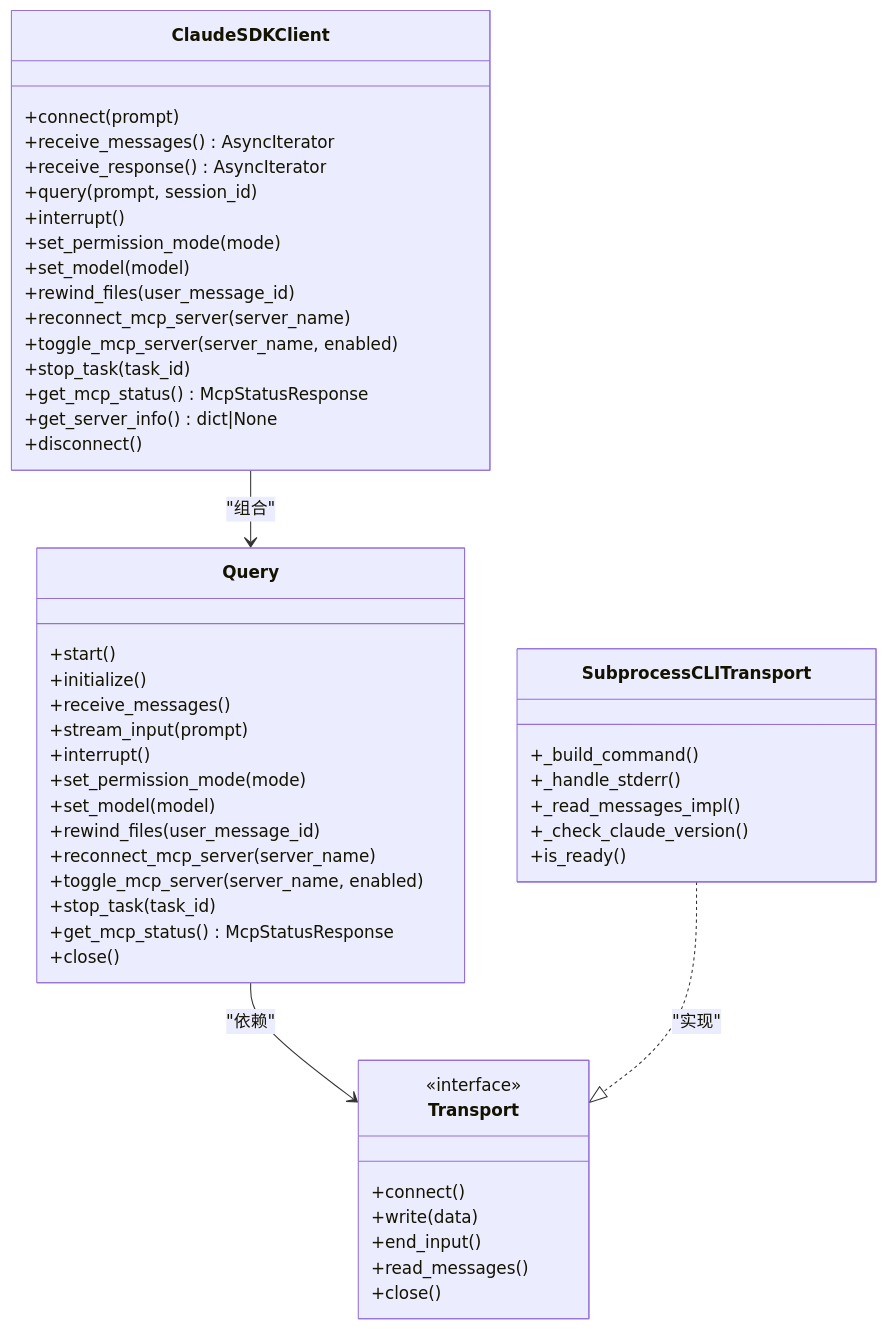
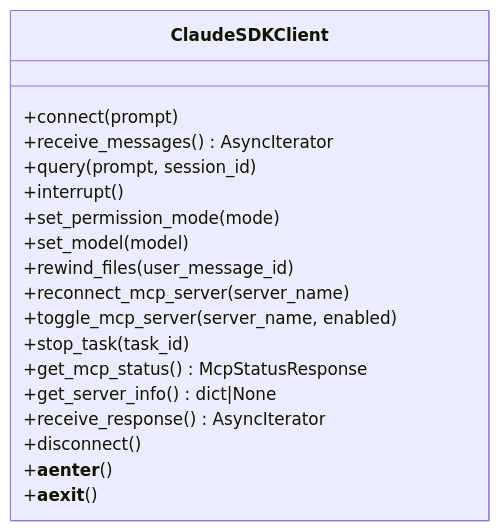
The fourth of 8 diagrams in .qoder/repowiki/zh/content/项目概述.md (defulat-coder/claude-agent-sdk-python), drawn with Mermaid before and after one commit. The commit also changed other lines of this file and 77 other files, not shown here.

````diff
--- a/.qoder/repowiki/zh/content/项目概述.md
+++ b/.qoder/repowiki/zh/content/项目概述.md
@@ -202,52 +187,21 @@
 ```mermaid
 classDiagram
 class ClaudeSDKClient {
 +connect(prompt)
 +receive_messages() AsyncIterator
-+receive_response() AsyncIterator
 +query(prompt, session_id)
 +interrupt()
 +set_permission_mode(mode)
 +set_model(model)
 +rewind_files(user_message_id)
 +reconnect_mcp_server(server_name)
 +toggle_mcp_server(server_name, enabled)
 +stop_task(task_id)
 +get_mcp_status() McpStatusResponse
 +get_server_info() dict|None
++receive_response() AsyncIterator
 +disconnect()
++__aenter__()
++__aexit__()
 }
-class Query {
-+start()
-+initialize()
-+receive_messages()
-+stream_input(prompt)
-+interrupt()
-+set_permission_mode(mode)
-+set_model(model)
-+rewind_files(user_message_id)
-+reconnect_mcp_server(server_name)
-+toggle_mcp_server(server_name, enabled)
-+stop_task(task_id)
-+get_mcp_status() McpStatusResponse
-+close()
-}
-class Transport {
-<<interface>>
-+connect()
-+write(data)
-+end_input()
-+read_messages()
-+close()
-}
-class SubprocessCLITransport {
-+_build_command()
-+_handle_stderr()
-+_read_messages_impl()
-+_check_claude_version()
-+is_ready()
-}
-ClaudeSDKClient --> Query : "组合"
-Query --> Transport : "依赖"
-SubprocessCLITransport ..|> Transport : "实现"
 ```
````
